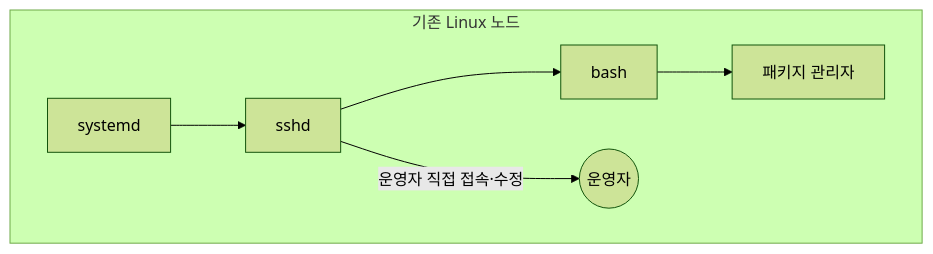
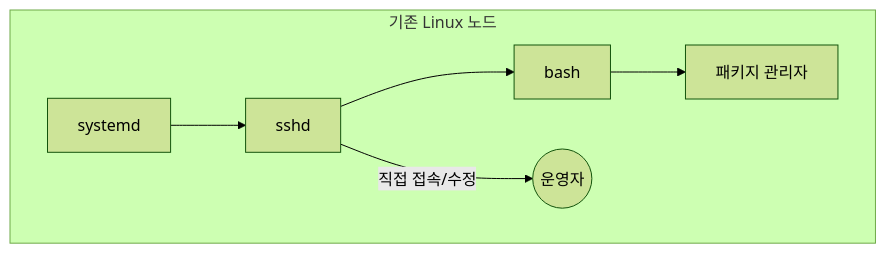
Before and after one commit to moonblueblue/devops-wiki: the second of 3 diagrams in content/linux/distro-basics/immutable-os.md, drawn with Mermaid (forest theme). The commit also changed other lines of this file and 6 other files, not shown here.

First line of the commit message:
style: Mermaid 노드 라벨 줄바꿈 규칙 적용 및 CLAUDE.md 업데이트

````diff
--- a/content/linux/distro-basics/immutable-os.md
+++ b/content/linux/distro-basics/immutable-os.md
@@ -197,9 +197,9 @@
 ```mermaid
 graph TD
     subgraph trad["기존 Linux 노드"]
         T1[systemd] --> T2[sshd]
         T2 --> T3[bash]
         T3 --> T4[패키지 관리자]
-        T2 -->|"운영자 직접 접속·수정"| T5((운영자))
+        T2 -->|"직접 접속/수정"| T5((운영자))
     end
 ```
````
